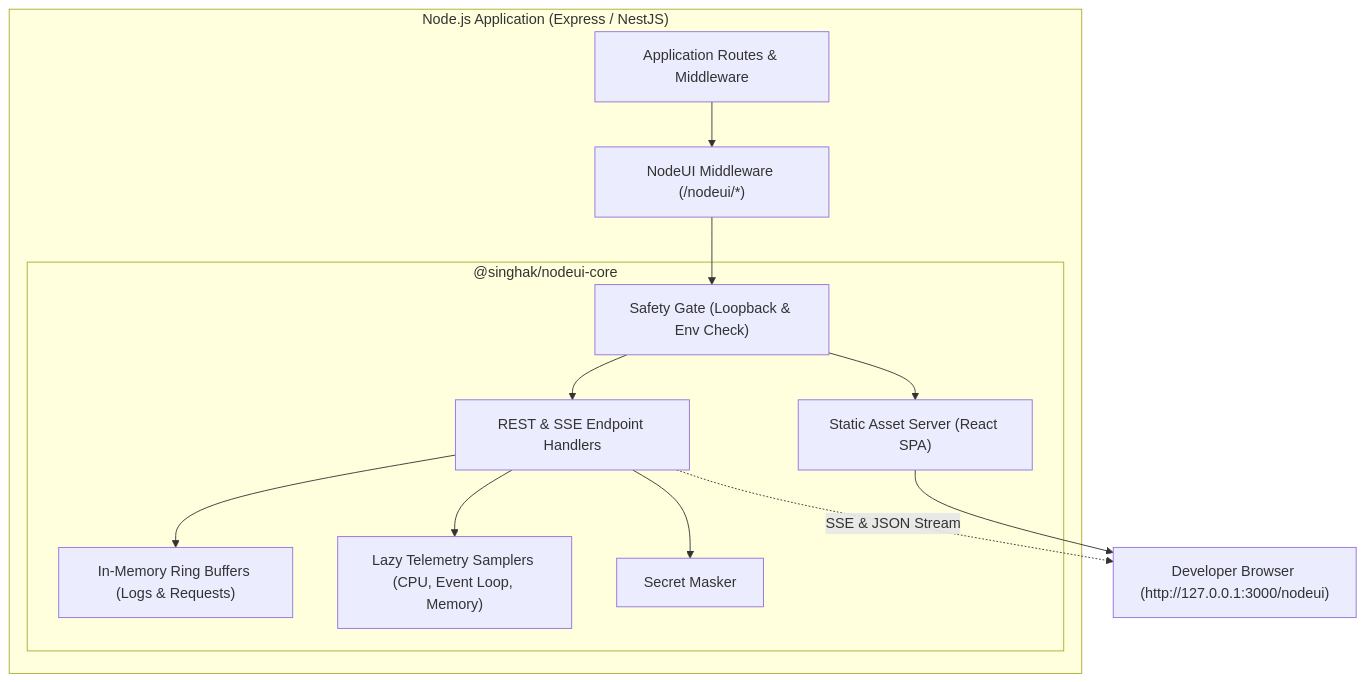
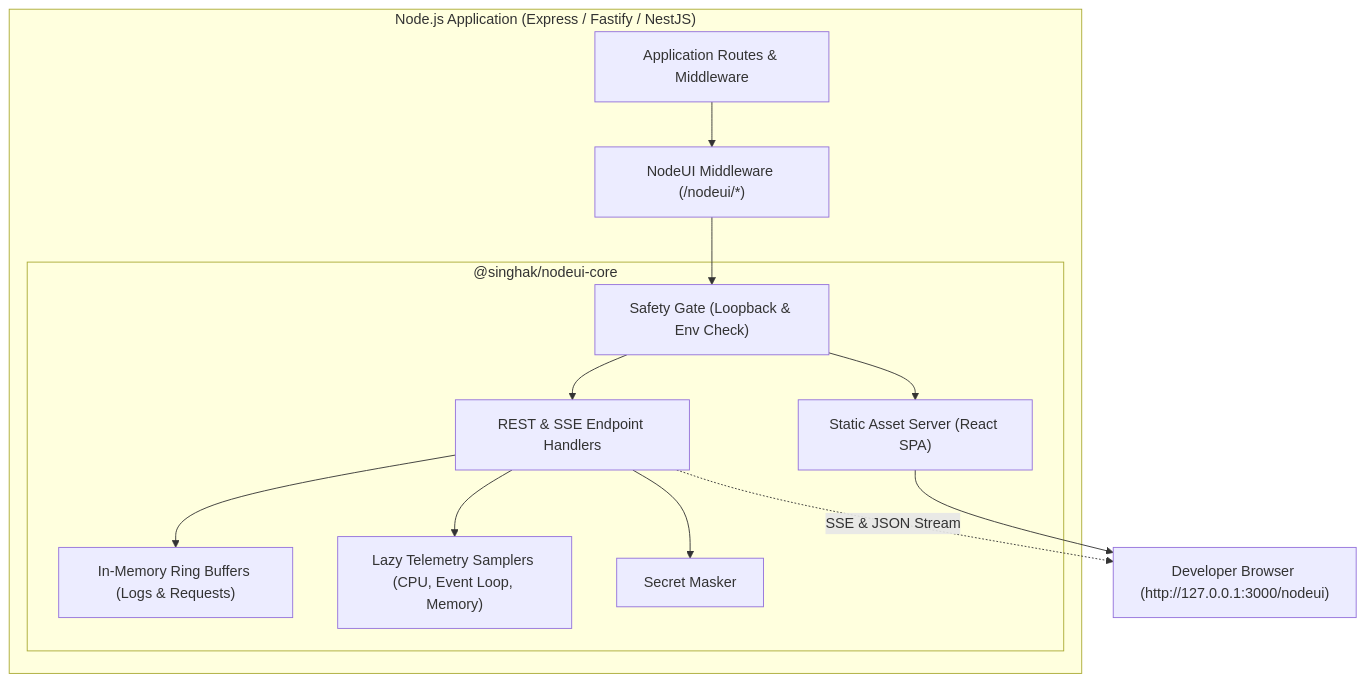
One commit to Singhak/nodeui changed the diagram in README.md. Above: the diagram before and after it, drawn with Mermaid. The commit also changed other lines of this file and 2 other files, not shown here.

````diff
--- a/README.md
+++ b/README.md
@@ -334,28 +336,28 @@
 ```mermaid
 flowchart TB
-    subgraph HostApp["Node.js Application (Express / NestJS)"]
+    subgraph HostApp["Node.js Application (Express / Fastify / NestJS)"]
         Router["Application Routes & Middleware"]
         NodeUIMW["NodeUI Middleware (/nodeui/*)"]
 
         subgraph CoreEngine["@singhak/nodeui-core"]
             SafetyGate["Safety Gate (Loopback & Env Check)"]
             SecretMasker["Secret Masker"]
             RingBuffer["In-Memory Ring Buffers (Logs & Requests)"]
             Samplers["Lazy Telemetry Samplers (CPU, Event Loop, Memory)"]
             StaticServer["Static Asset Server (React SPA)"]
             RESTAPI["REST & SSE Endpoint Handlers"]
         end
     end
 
     Browser["Developer Browser (http://127.0.0.1:3000/nodeui)"]
 
     Router --> NodeUIMW
     NodeUIMW --> SafetyGate
     SafetyGate --> RESTAPI
     SafetyGate --> StaticServer
     RESTAPI --> RingBuffer
     RESTAPI --> Samplers
     RESTAPI --> SecretMasker
     StaticServer --> Browser
     RESTAPI -.->|SSE & JSON Stream| Browser
 ```
````
